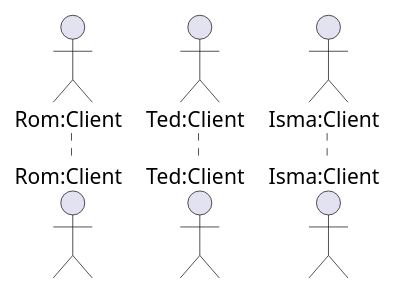
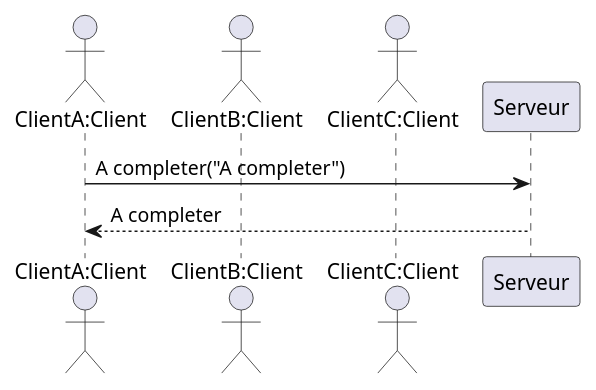
Diagram 15 of 15 in trivial-doc/modules/development/pages/composants.adoc (sybarry/Trivial_Pursuit_CL), drawn with PlantUML before and after one commit. The commit also changed other lines of this file, not shown here.

```diff
--- a/trivial-doc/modules/development/pages/composants.adoc
+++ b/trivial-doc/modules/development/pages/composants.adoc
@@ -422,11 +419,14 @@
 [plantuml]
 ....
 @startuml
 
-actor "Rom:Client" as C1
-actor "Ted:Client" as C2
-actor "Isma:Client" as C3
+actor "ClientA:Client" as C1
+actor "ClientB:Client" as C2
+actor "ClientC:Client" as C3
+
+C1 -> Serveur: A completer("A completer")
+Serveur --> C1 : A completer
 
 
 @enduml
 ....
```
